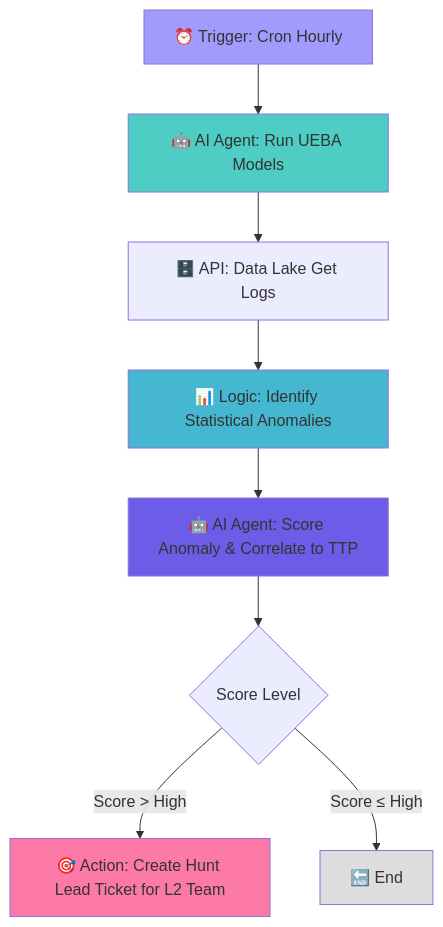
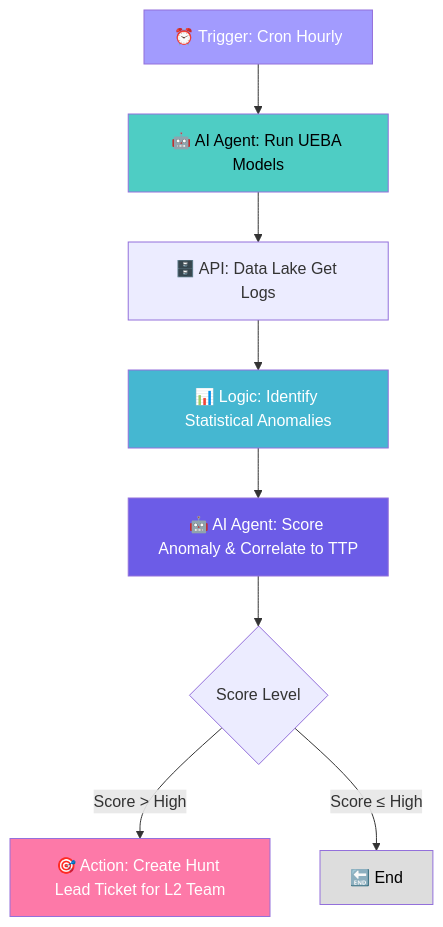
One commit to Ke0xes/AI4SecOps changed the sixth of 10 diagrams in usecases.md. Above: the diagram before and after it, drawn with Mermaid. The commit also changed other lines of this file, not shown here.

````diff
--- a/usecases.md
+++ b/usecases.md
@@ -224,17 +224,17 @@
 ```mermaid
 graph TD
     A[⏰ Trigger: Cron Hourly] --> B[🤖 AI Agent: Run UEBA Models]
     B --> C[🗄️ API: Data Lake Get Logs]
     C --> D[📊 Logic: Identify Statistical Anomalies]
     D --> E[🤖 AI Agent: Score Anomaly & Correlate to TTP]
     E --> F{Score Level}
     F -->|Score > High| G[🎯 Action: Create Hunt Lead Ticket for L2 Team]
     F -->|Score ≤ High| H[🔚 End]
     
-    style A fill:#a29bfe
-    style B fill:#4ecdc4
-    style D fill:#45b7d1
-    style E fill:#6c5ce7
-    style G fill:#fd79a8
-    style H fill:#ddd
+    style A fill:#a29bfe,color:#fff
+    style B fill:#4ecdc4,color:#000
+    style D fill:#45b7d1,color:#fff
+    style E fill:#6c5ce7,color:#fff
+    style G fill:#fd79a8,color:#fff
+    style H fill:#ddd,color:#000
 ```
````
